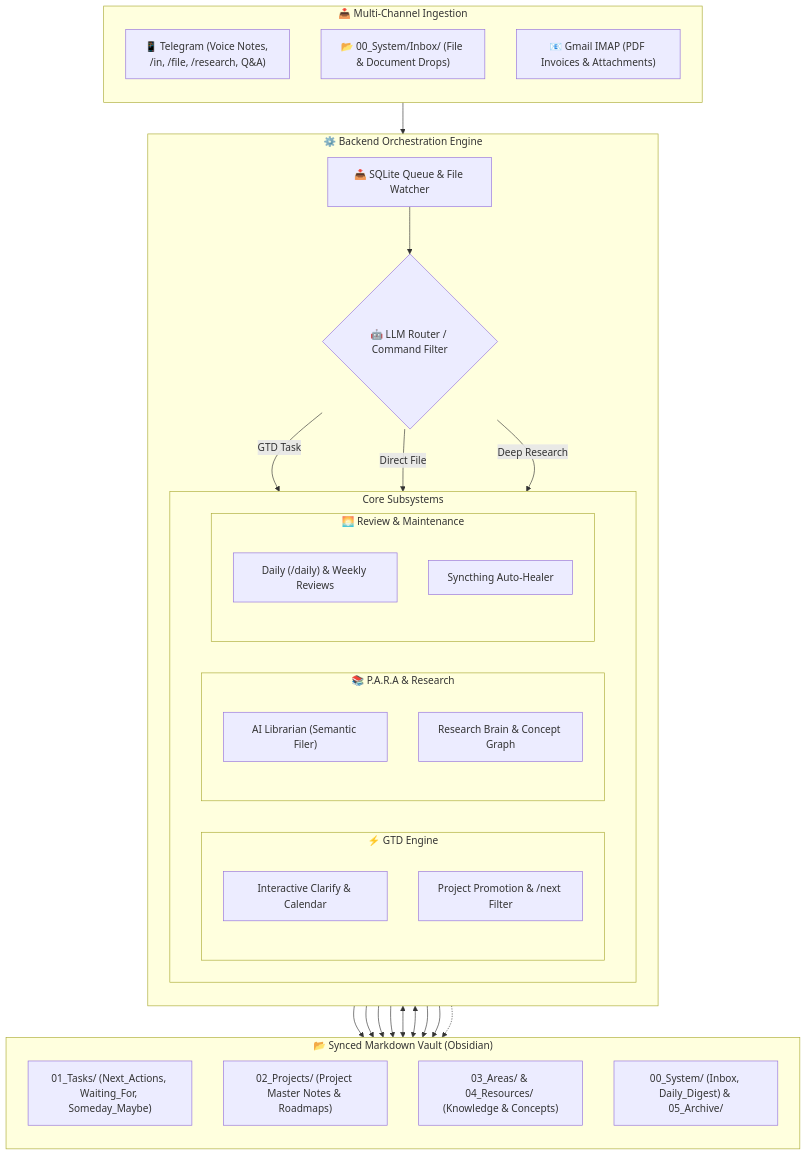
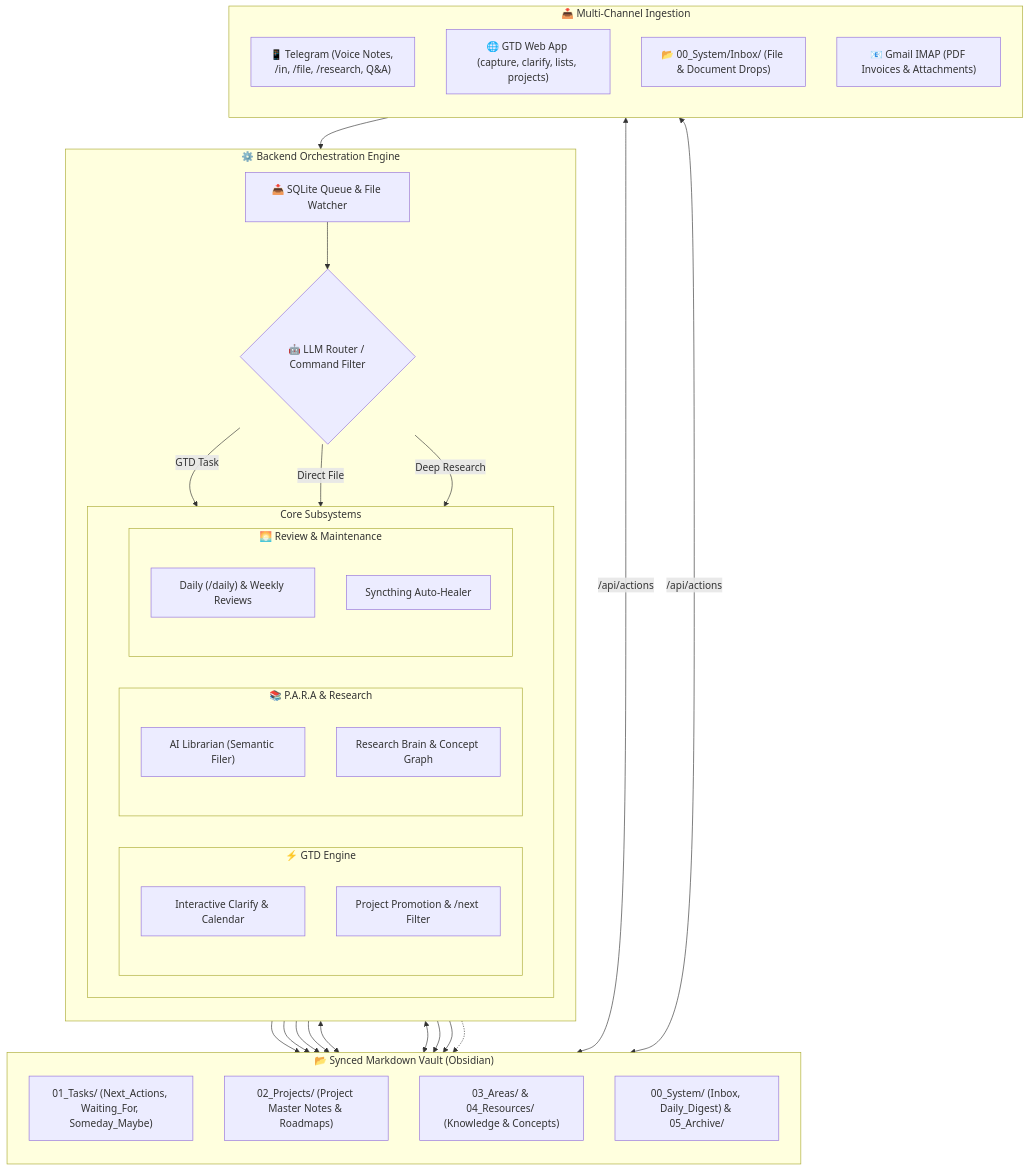
Before and after one commit to sdmeers/second_brain: the diagram in README.md, drawn with Mermaid. The commit also changed other lines of this file and 7 other files, not shown here.

First line of the commit message:
docs: refresh README and docs for the GTD web app; correct transcription claims

````diff
--- a/README.md
+++ b/README.md
@@ -167,50 +169,52 @@
 ```mermaid
 flowchart TD
     subgraph Ingest["📥 Multi-Channel Ingestion"]
         direction TB
         TG["📱 Telegram (Voice Notes, /in, /file, /research, Q&A)"]
+        App["🌐 GTD Web App (capture, clarify, lists, projects)"]
         InboxDrop["📂 00_System/Inbox/ (File & Document Drops)"]
         Gmail["📧 Gmail IMAP (PDF Invoices & Attachments)"]
     end
 
     subgraph Pipeline["⚙️ Backend Orchestration Engine"]
         direction TB
         Queue["📥 SQLite Queue & File Watcher"]
         Classifier{"🤖 LLM Router / Command Filter"}
         
         subgraph Subsystems["Core Subsystems"]
             direction LR
             subgraph GTD_Col["⚡ GTD Engine"]
                 direction TB
                 Clarify["Interactive Clarify & Calendar"]
                 Engage["Project Promotion & /next Filter"]
             end
             subgraph PARA_Col["📚 P.A.R.A & Research"]
                 direction TB
                 Librarian["AI Librarian (Semantic Filer)"]
                 Research["Research Brain & Concept Graph"]
             end
             subgraph Ops_Col["🌅 Review & Maintenance"]
                 direction TB
                 Reviews["Daily (/daily) & Weekly Reviews"]
                 AutoHealer["Syncthing Auto-Healer"]
             end
         end
     end
 
     subgraph Vault["📂 Synced Markdown Vault (Obsidian)"]
         direction TB
         S_Tasks["01_Tasks/ (Next_Actions, Waiting_For, Someday_Maybe)"]
         S_Proj["02_Projects/ (Project Master Notes & Roadmaps)"]
         S_Para["03_Areas/ & 04_Resources/ (Knowledge & Concepts)"]
         S_Sys["00_System/ (Inbox, Daily_Digest) & 05_Archive/"]
     end
 
     Ingest --> Queue --> Classifier
     Classifier -->|GTD Task| Clarify --> S_Tasks & S_Proj
     Classifier -->|Direct File| Librarian --> S_Para
     Classifier -->|Deep Research| Research --> S_Para
     Engage <--> S_Tasks & S_Proj
+    App <-->|/api/actions| S_Tasks & S_Proj
     Reviews --> S_Sys & S_Tasks
     AutoHealer -.-> S_Tasks
 ```
````
